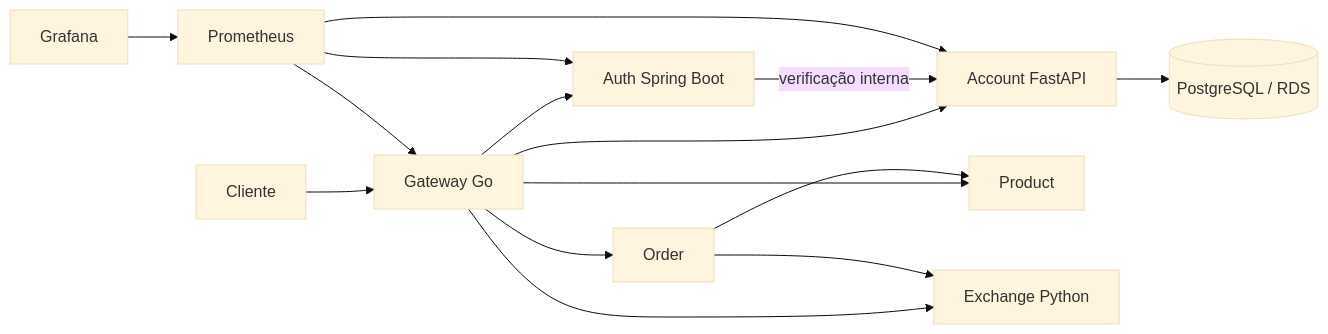
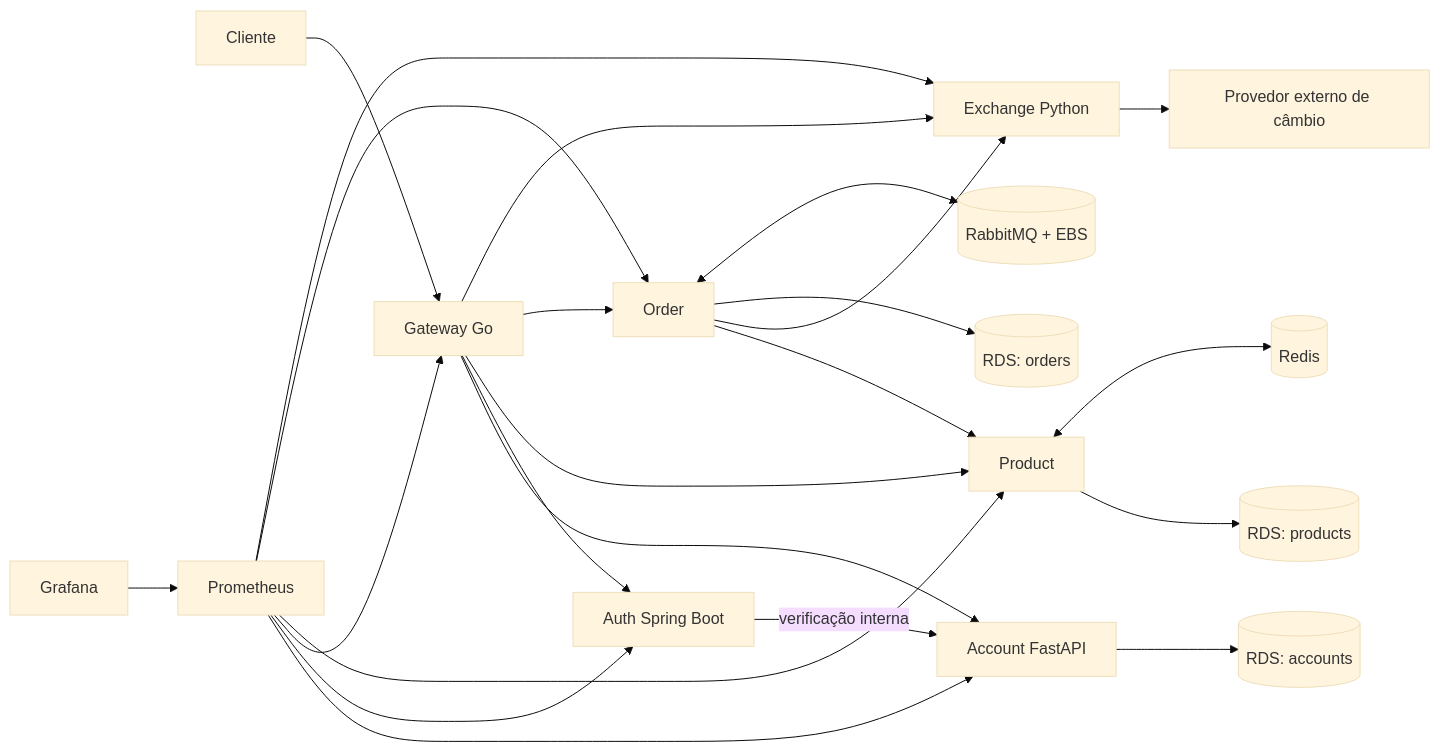
Before and after one commit to Microserv-1/store-docs-a: the diagram in docs/index.md, drawn with Mermaid (base theme). The commit also changed other lines of this file and 16 other files, not shown here.

````diff
--- a/docs/index.md
+++ b/docs/index.md
@@ -11,17 +18,25 @@
 ```mermaid
 flowchart LR
     Client[Cliente] --> Gateway[Gateway Go]
     Gateway --> Account[Account FastAPI]
     Gateway --> Auth[Auth Spring Boot]
     Auth -->|verificação interna| Account
-    Account --> DB[(PostgreSQL / RDS)]
+    Account --> Accounts[(RDS: accounts)]
     Gateway --> Product[Product]
     Gateway --> Order[Order]
     Gateway --> Exchange[Exchange Python]
     Order --> Product
     Order --> Exchange
+    Product --> Products[(RDS: products)]
+    Order --> Orders[(RDS: orders)]
+    Product <--> Redis[(Redis)]
+    Order <--> RabbitMQ[(RabbitMQ + EBS)]
+    Exchange --> FX[Provedor externo de câmbio]
     Metrics[Prometheus] --> Account
     Metrics --> Auth
     Metrics --> Gateway
+    Metrics --> Product
+    Metrics --> Order
+    Metrics --> Exchange
     Grafana --> Metrics
 ```
````
